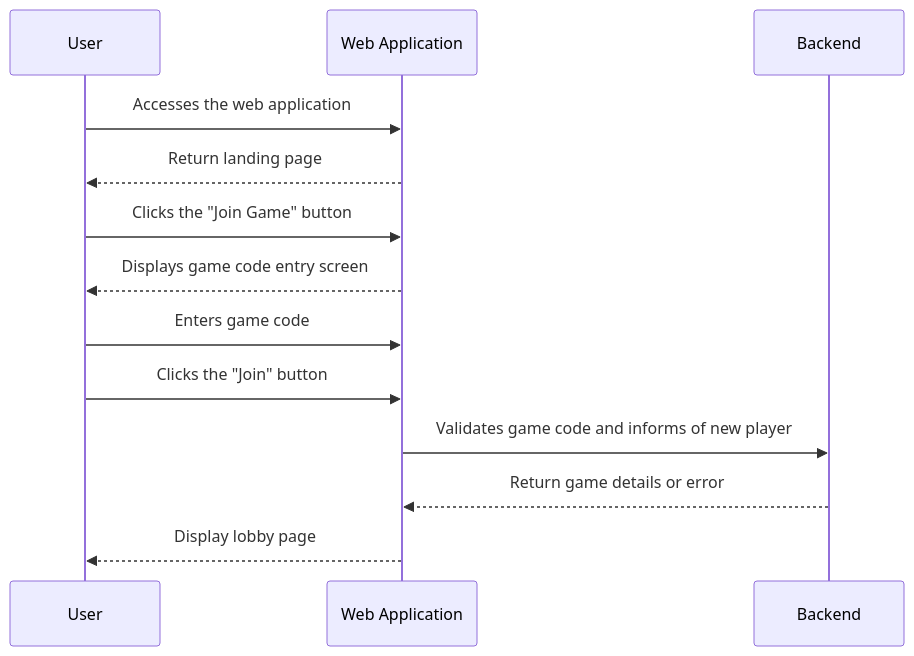
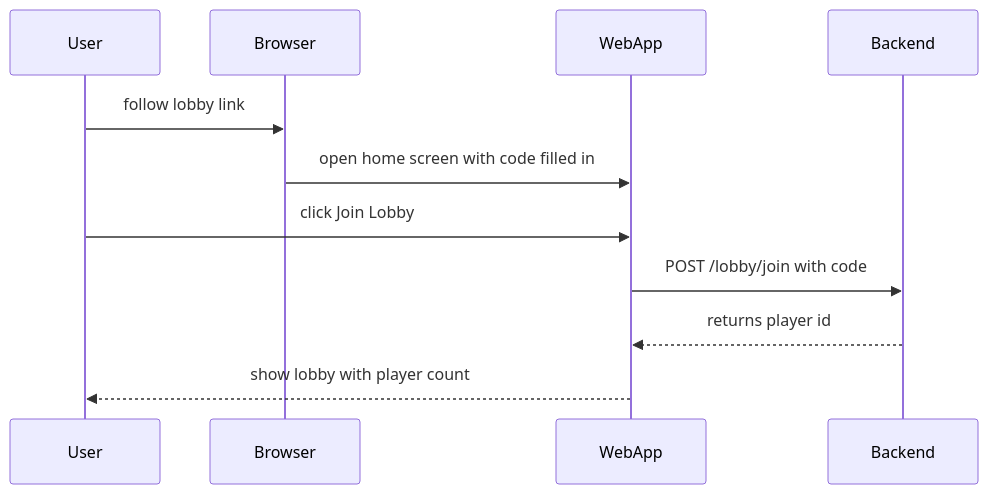
One commit to Capstone-Projects-2025-Spring/aac-go-fish changed the fourth of 19 diagrams in documentation/docs/system-architecture/use-case-sequences.md. Above: the diagram before and after it, drawn with Mermaid. The commit also changed other lines of this file and 1 other file, not shown here.

Commit message:
AGTC-117 Update use cases and sequences for new game

````diff
--- a/documentation/docs/system-architecture/use-case-sequences.md
+++ b/documentation/docs/system-architecture/use-case-sequences.md
@@ -27,16 +57,14 @@
 ```mermaid
 sequenceDiagram
     participant User
-    participant WebApplication as Web Application
+    participant Browser
+    participant WebApp
     participant Backend
 
-    User->>WebApplication: Accesses the web application
-    WebApplication-->>User: Return landing page
-    User->>WebApplication: Clicks the "Join Game" button
-    WebApplication-->>User: Displays game code entry screen
-    User->>WebApplication: Enters game code
-    User->>WebApplication: Clicks the "Join" button
-    WebApplication->>Backend: Validates game code and informs of new player
-    Backend-->>WebApplication: Return game details or error
-    WebApplication-->>User: Display lobby page
+    User->>Browser: follow lobby link
+    Browser->>WebApp: open home screen with code filled in
+    User->>WebApp: click Join Lobby
+    WebApp->>Backend: POST /lobby/join with code
+    Backend-->>WebApp: returns player id
+    WebApp-->>User: show lobby with player count
 ```
````
